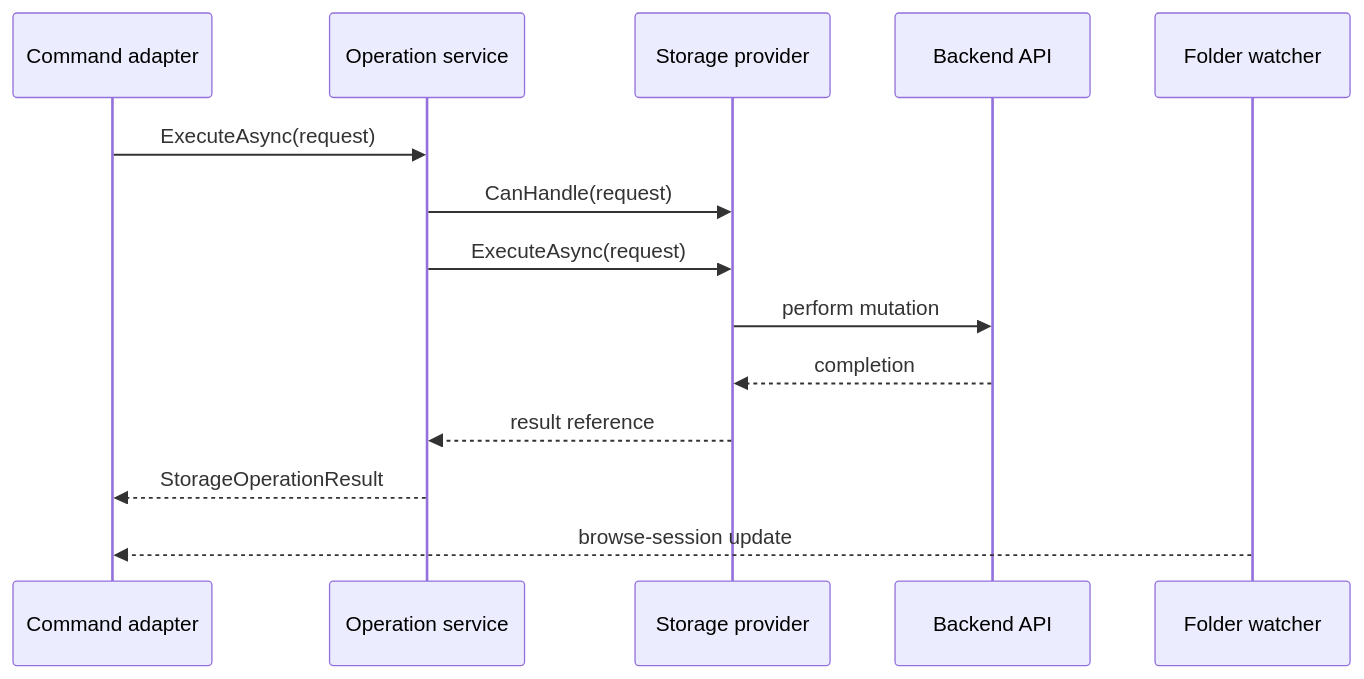
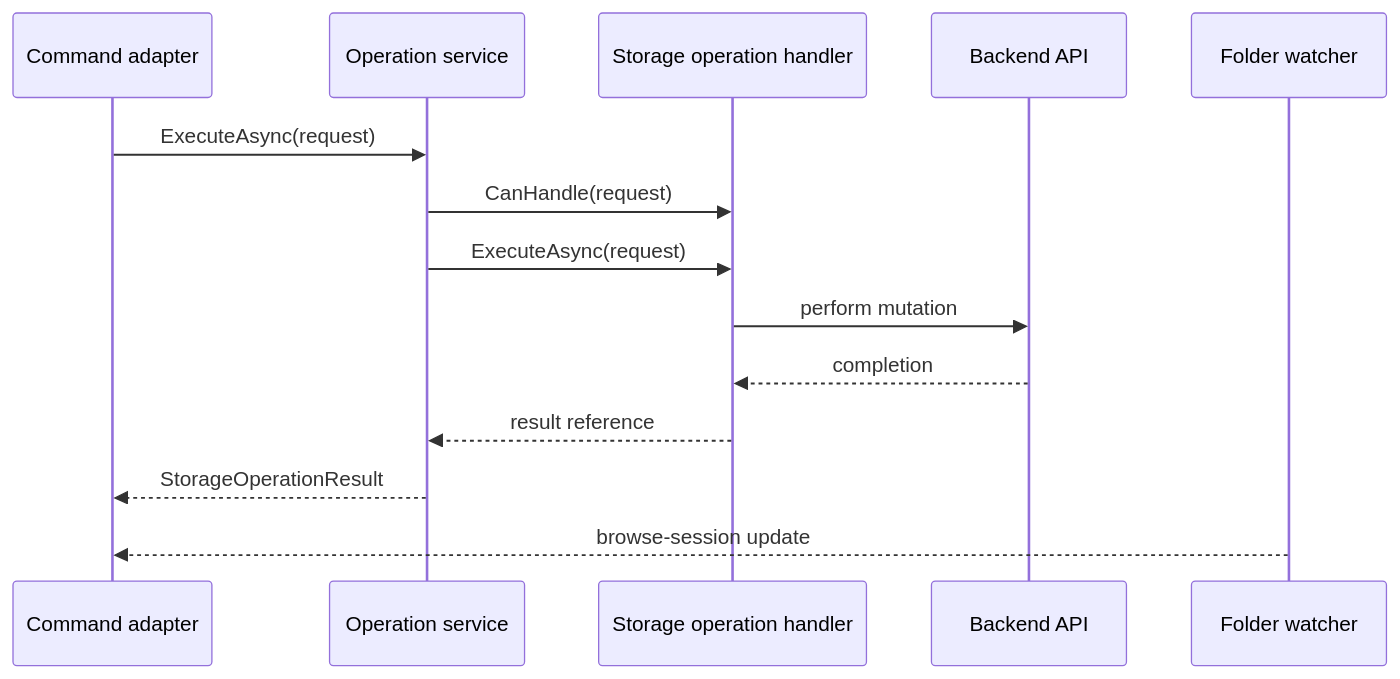
Before and after one commit to 0x5bfa/Files: the first of 2 diagrams in docs/architecture/operations.md, drawn with Mermaid. The commit also changed other lines of this file and 260 other files, not shown here.

Commit message:
Simplify Files.Core architecture terminology

````diff
--- a/docs/architecture/operations.md
+++ b/docs/architecture/operations.md
@@ -33,17 +33,17 @@
 ```mermaid
 sequenceDiagram
     participant VM as Command adapter
     participant Service as Operation service
-    participant Provider as Storage provider
+    participant Handler as Storage operation handler
     participant Backend as Backend API
     participant Watcher as Folder watcher
 
     VM->>Service: ExecuteAsync(request)
-    Service->>Provider: CanHandle(request)
-    Service->>Provider: ExecuteAsync(request)
-    Provider->>Backend: perform mutation
-    Backend-->>Provider: completion
-    Provider-->>Service: result reference
+    Service->>Handler: CanHandle(request)
+    Service->>Handler: ExecuteAsync(request)
+    Handler->>Backend: perform mutation
+    Backend-->>Handler: completion
+    Handler-->>Service: result reference
     Service-->>VM: StorageOperationResult
     Watcher-->>VM: browse-session update
 ```
````
